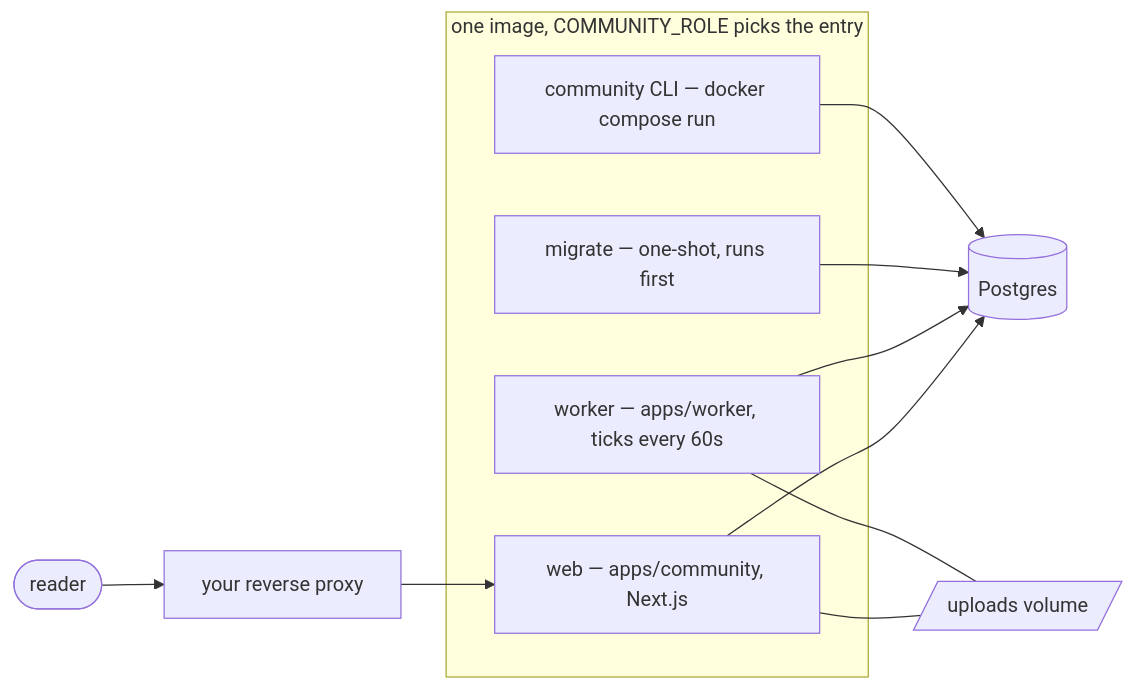
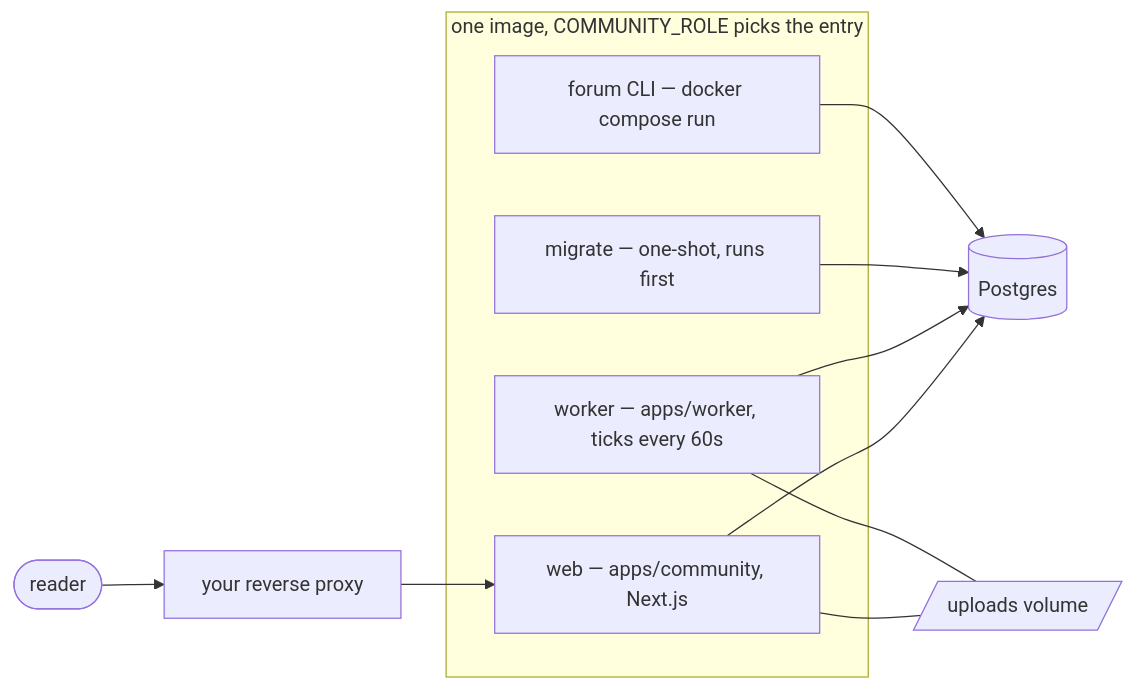
The first of 4 diagrams in docs/architecture.md (meith-dev/meith), drawn with Mermaid before and after one commit. The commit also changed other lines of this file and 636 other files, not shown here.

````diff
--- a/docs/architecture.md
+++ b/docs/architecture.md
@@ -26,17 +26,17 @@
 ```mermaid
 flowchart LR
     reader([reader]) --> proxy["your reverse proxy"]
     proxy --> web
     subgraph image ["one image, COMMUNITY_ROLE picks the entry"]
         migrate["migrate — one-shot, runs first"]
         web["web — apps/community, Next.js"]
         worker["worker — apps/worker, ticks every 60s"]
-        cli["community CLI — docker compose run"]
+        cli["forum CLI — docker compose run"]
     end
     web --> pg[("Postgres")]
     worker --> pg
     migrate --> pg
     cli --> pg
     web --- uploads[/"uploads volume"/]
     worker --- uploads
 ```
````
